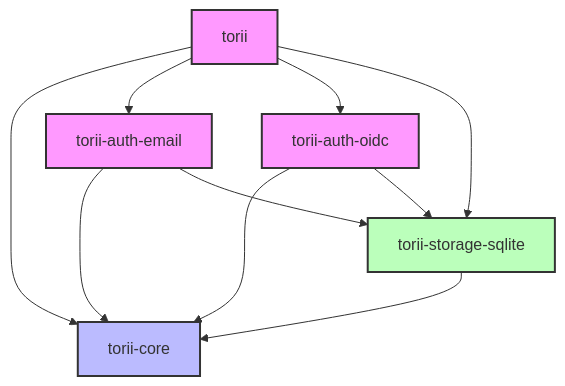
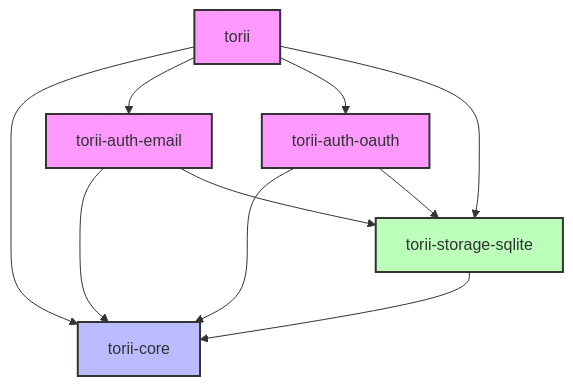
One commit to cmackenzie1/torii-rs changed the diagram in CONTRIBUTING.md. Above: the diagram before and after it, drawn with Mermaid. The commit also changed 16 other files, not shown here.

Commit message:
refactor: rename oidc crate to oauth

````diff
--- a/CONTRIBUTING.md
+++ b/CONTRIBUTING.md
@@ -3,31 +3,31 @@
 ```mermaid
 graph TD
     torii[torii]
     torii_core[torii-core]
     torii_auth_email[torii-auth-email]
-    torii_auth_oidc[torii-auth-oidc]
+    torii_auth_oauth[torii-auth-oauth]
     torii_storage_sqlite[torii-storage-sqlite]
 
     %% Core dependencies
     torii_auth_email --> torii_core
-    torii_auth_oidc --> torii_core
+    torii_auth_oauth --> torii_core
     torii_storage_sqlite --> torii_core
 
     %% Main crate dependencies
     torii --> torii_core
     torii --> torii_auth_email
-    torii --> torii_auth_oidc
+    torii --> torii_auth_oauth
     torii --> torii_storage_sqlite
 
     %% Storage dependencies
     torii_auth_email --> torii_storage_sqlite
-    torii_auth_oidc --> torii_storage_sqlite
+    torii_auth_oauth --> torii_storage_sqlite
 
     %% Style nodes
     classDef default fill:#f9f,stroke:#333,stroke-width:2px;
     classDef core fill:#bbf,stroke:#333,stroke-width:2px;
     classDef storage fill:#bfb,stroke:#333,stroke-width:2px;
 
     class torii_core core;
     class torii_storage_sqlite storage;
 ```
````
